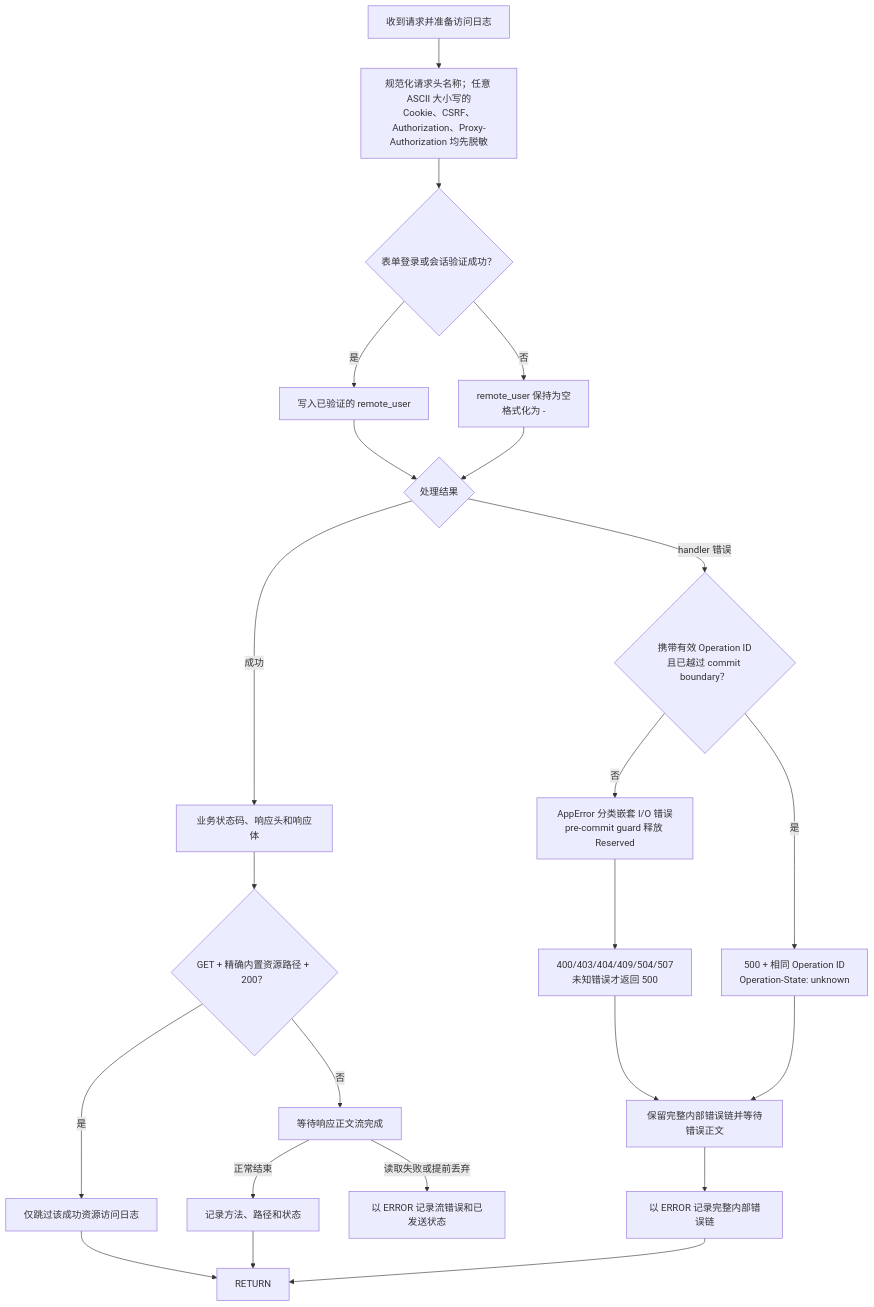
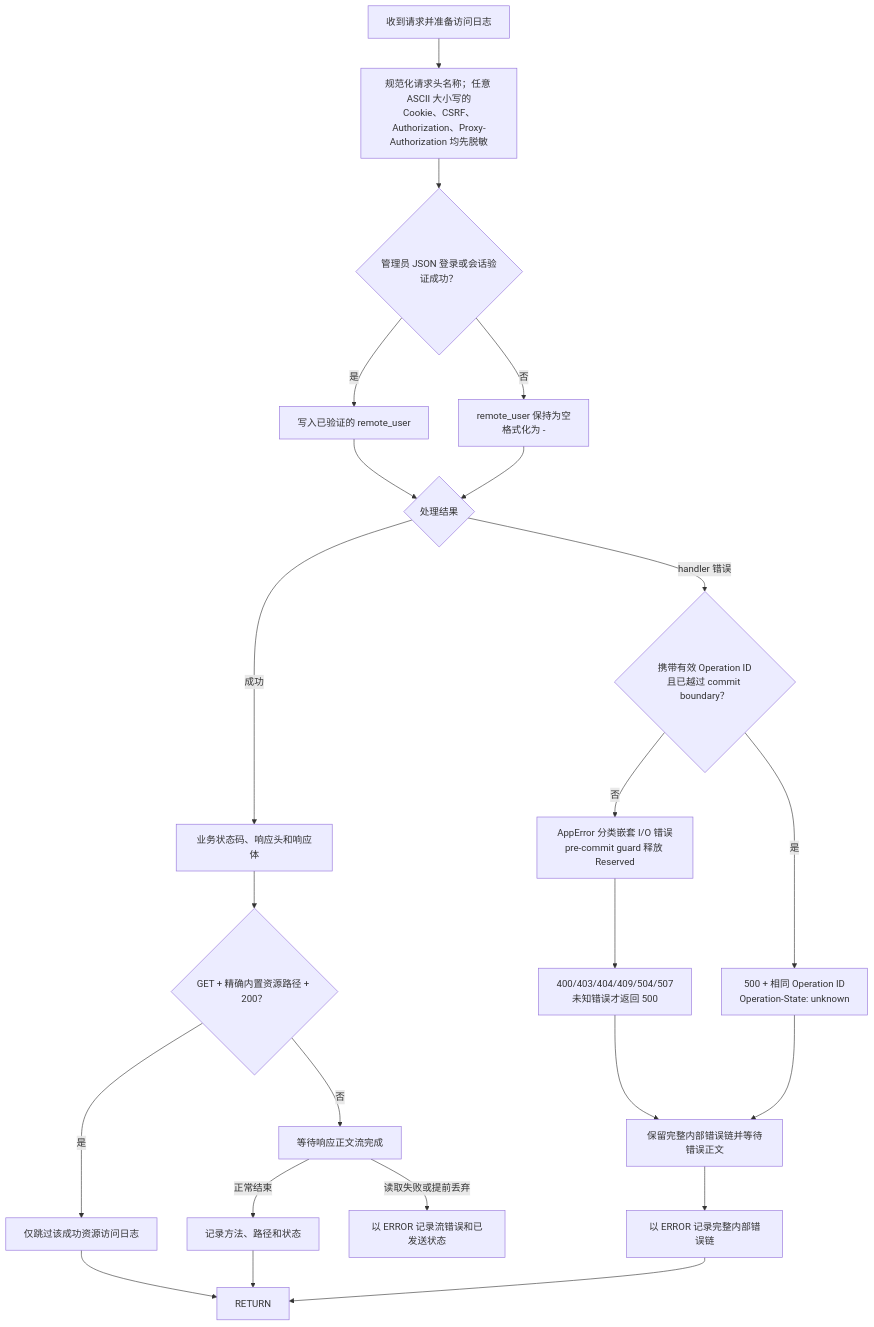
Diagram 19 of 22 in docs/project-workflow.md (isarmg/dufs-ram), drawn with Mermaid before and after one commit. The commit also changed other lines of this file and 17 other files, not shown here.

````diff
--- a/docs/project-workflow.md
+++ b/docs/project-workflow.md
@@ -886,25 +893,25 @@
 ```mermaid
 flowchart TD
     HANDLER["收到请求并准备访问日志"] --> REDACT["规范化请求头名称；任意 ASCII 大小写的<br/>Cookie、CSRF、Authorization、Proxy-Authorization 均先脱敏"]
-    REDACT --> IDENTITY{"表单登录或会话验证成功？"}
+    REDACT --> IDENTITY{"管理员 JSON 登录或会话验证成功？"}
     IDENTITY -- 是 --> USER["写入已验证的 remote_user"]
     IDENTITY -- 否 --> EMPTY["remote_user 保持为空<br/>格式化为 -"]
     USER --> RESULT{"处理结果"}
     EMPTY --> RESULT
     RESULT -- 成功 --> STATUS["业务状态码、响应头和响应体"]
     RESULT -- handler 错误 --> TRACKED{"携带有效 Operation ID<br/>且已越过 commit boundary？"}
     TRACKED -- 是 --> UNKNOWN["500 + 相同 Operation ID<br/>Operation-State: unknown"]
     TRACKED -- 否 --> MAP["AppError 分类嵌套 I/O 错误<br/>pre-commit guard 释放 Reserved"]
     MAP --> ESTATUS["400/403/404/409/504/507<br/>未知错误才返回 500"]
     STATUS --> ASSET{"GET + 精确内置资源路径 + 200？"}
     ASSET -- 是 --> SKIP["仅跳过该成功资源访问日志"]
     ASSET -- 否 --> BODY["等待响应正文流完成"]
     ESTATUS --> BODYERROR["保留完整内部错误链并等待错误正文"]
     UNKNOWN --> BODYERROR
     BODY -- 正常结束 --> LOG["记录方法、路径和状态"]
     BODY -- 读取失败或提前丢弃 --> STREAMERROR["以 ERROR 记录流错误和已发送状态"]
     BODYERROR --> ERRORLOG["以 ERROR 记录完整内部错误链"]
     SKIP --> RETURN
     LOG --> RETURN
     ERRORLOG --> RETURN
 ```
````
